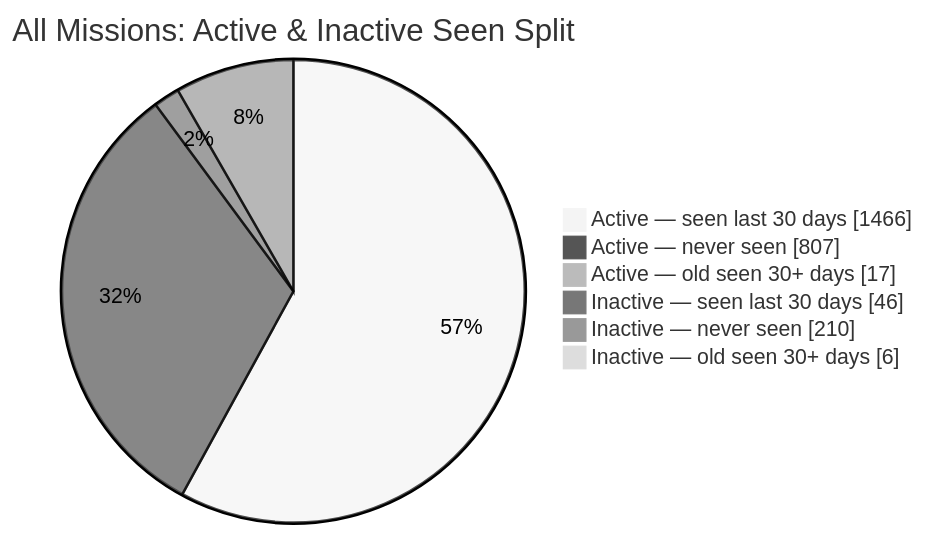
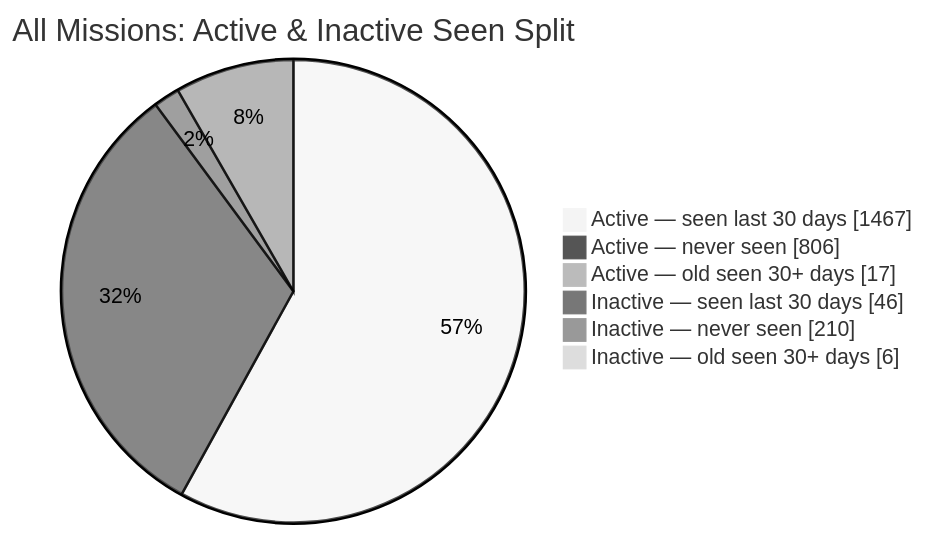
One commit to MeldkamerspelGameTeam/active-missions changed the second of 2 diagrams in README.md. Above: the diagram before and after it, drawn with Mermaid (neutral theme). The commit also changed other lines of this file and 3 other files, not shown here.

````diff
--- a/README.md
+++ b/README.md
@@ -44,10 +44,10 @@
 ```mermaid
 pie showData
     title All Missions: Active & Inactive Seen Split
-    "Active — seen last 30 days" : 1466
-    "Active — never seen" : 807
+    "Active — seen last 30 days" : 1467
+    "Active — never seen" : 806
     "Active — old seen 30+ days" : 17
     "Inactive — seen last 30 days" : 46
     "Inactive — never seen" : 210
     "Inactive — old seen 30+ days" : 6
 ```
````
